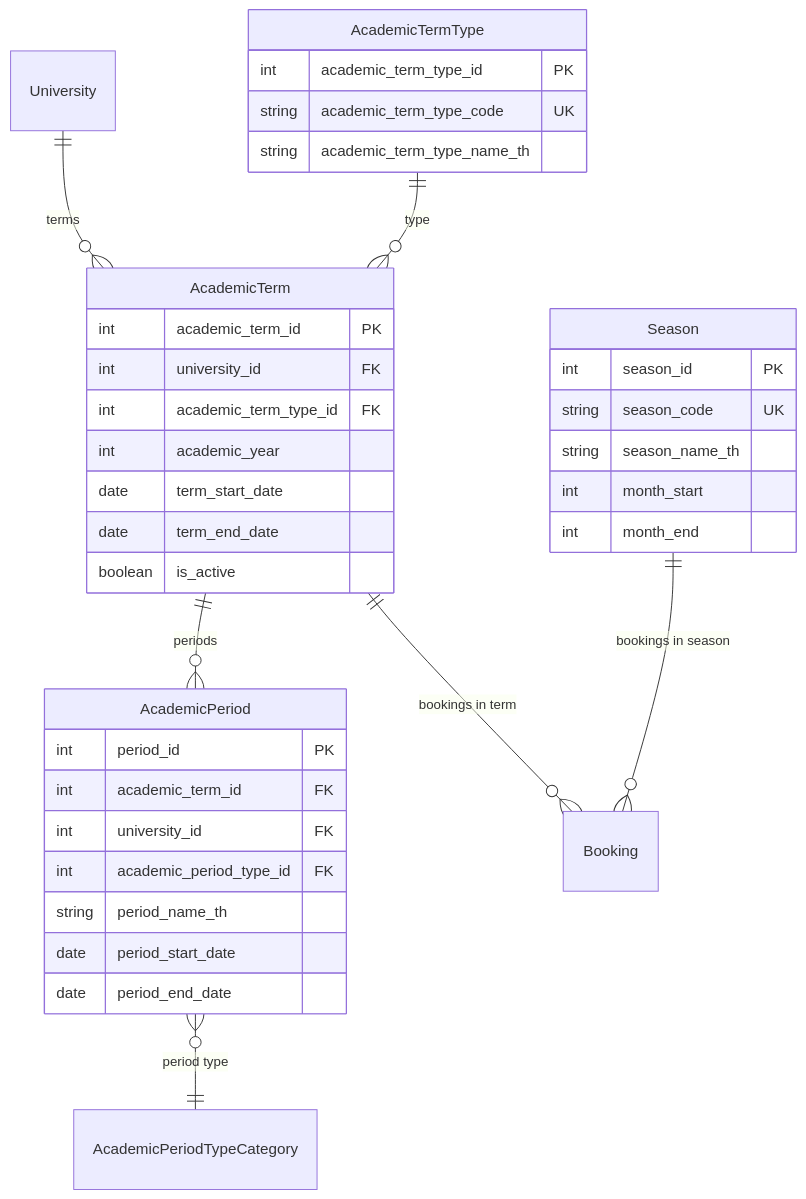
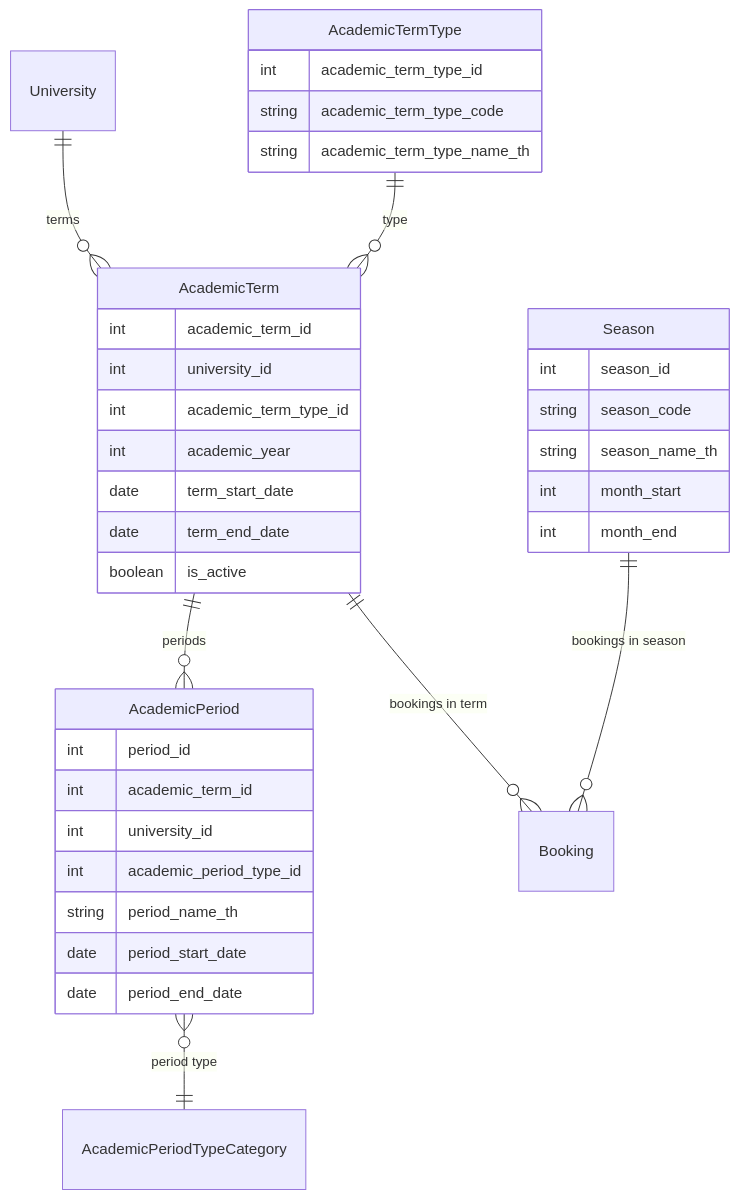
Diagram 11 of 12 in prisma/README.md (BeelzebubCode/wellness-demo1), drawn with Mermaid before and after one commit. The commit also changed other lines of this file, not shown here.

Commit message:
fix: remove PK/FK annotations from Mermaid ERD for GitHub compatibility

````diff
--- a/prisma/README.md
+++ b/prisma/README.md
@@ -672,43 +672,43 @@
 ```mermaid
 erDiagram
     University ||--o{ AcademicTerm : "terms"
     AcademicTermType ||--o{ AcademicTerm : "type"
     AcademicTerm ||--o{ AcademicPeriod : "periods"
     AcademicPeriod }o--|| AcademicPeriodTypeCategory : "period type"
     AcademicTerm ||--o{ Booking : "bookings in term"
     Season ||--o{ Booking : "bookings in season"
 
     AcademicTerm {
-        int academic_term_id PK
-        int university_id FK
-        int academic_term_type_id FK
+        int academic_term_id
+        int university_id
+        int academic_term_type_id
         int academic_year
         date term_start_date
         date term_end_date
         boolean is_active
     }
 
     AcademicTermType {
-        int academic_term_type_id PK
-        string academic_term_type_code UK
+        int academic_term_type_id
+        string academic_term_type_code
         string academic_term_type_name_th
     }
 
     AcademicPeriod {
-        int period_id PK
-        int academic_term_id FK
-        int university_id FK
-        int academic_period_type_id FK
+        int period_id
+        int academic_term_id
+        int university_id
+        int academic_period_type_id
         string period_name_th
         date period_start_date
         date period_end_date
     }
 
     Season {
-        int season_id PK
-        string season_code UK
+        int season_id
+        string season_code
         string season_name_th
         int month_start
         int month_end
     }
 ```
````
